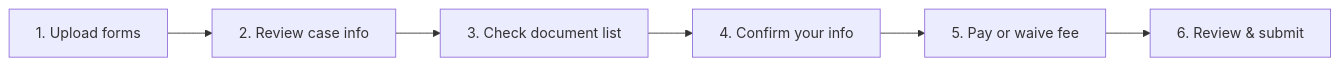
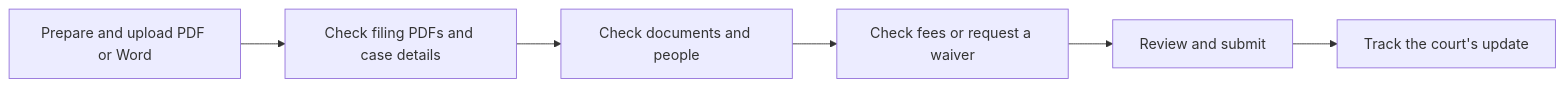
One commit to SuffolkLITLab/LITEFile changed the diagram in docs/docs/user-guide/overview.md. Above: the diagram before and after it, drawn with Mermaid. The commit also changed other lines of this file and 40 other files, not shown here.

````diff
--- a/docs/docs/user-guide/overview.md
+++ b/docs/docs/user-guide/overview.md
@@ -20,8 +17,8 @@
 ```mermaid
 flowchart LR
-    A["1. Upload forms"] --> B["2. Review case info"]
-    B --> C["3. Check document list"]
-    C --> D["4. Confirm your info"]
-    D --> E["5. Pay or waive fee"]
-    E --> F["6. Review & submit"]
+    A["Prepare and upload PDF or Word"] --> B["Check filing PDFs and case details"]
+    B --> C["Check documents and people"]
+    C --> D["Check fees or request a waiver"]
+    D --> E["Review and submit"]
+    E --> F["Track the court's update"]
 ```
````
